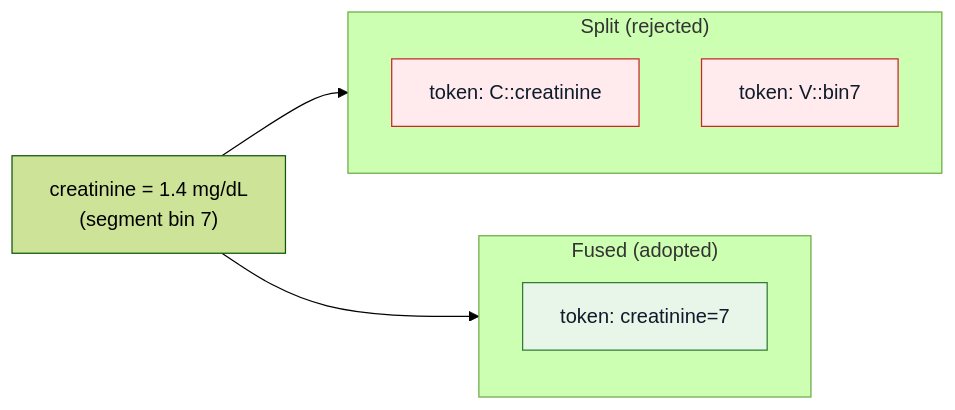
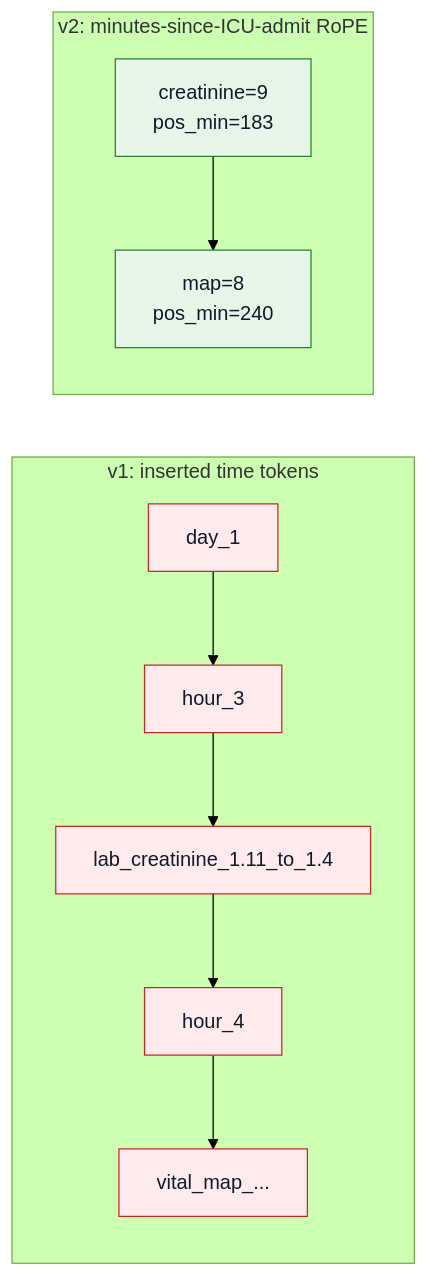
The second of 4 diagrams in website/docs/data-tokenization.md (sajor2000/clifatron2.0), drawn with Mermaid (forest theme) before and after one commit. The commit also changed other lines of this file and 37 other files, not shown here.

````diff
--- a/website/docs/data-tokenization.md
+++ b/website/docs/data-tokenization.md
@@ -60,21 +125,14 @@
 ```mermaid
 flowchart LR
-    RAW["creatinine = 1.4 mg/dL<br/>(segment bin 7)"]
-
-    subgraph SPLIT["Split (rejected)"]
-        S1["token: C::creatinine"]
-        S2["token: V::bin7"]
+    subgraph OLD["v1: inserted time tokens"]
+        O1["day_1"] --> O2["hour_3"] --> O3["lab_creatinine_1.11_to_1.4"] --> O4["hour_4"] --> O5["vital_map_..."]
     end
-
-    subgraph FUSED["Fused (adopted)"]
-        FU["token: creatinine=7"]
+    subgraph NEW["v2: minutes-since-ICU-admit RoPE"]
+        N1["creatinine=9<br/>pos_min=183"] --> N2["map=8<br/>pos_min=240"]
     end
-
-    RAW --> SPLIT
-    RAW --> FUSED
 
     classDef bad fill:#ffebee,stroke:#c62828,color:#0d1b2a;
     classDef good fill:#e8f5e9,stroke:#2e7d32,color:#0d1b2a;
-    class S1,S2 bad;
-    class FU good;
+    class O1,O2,O3,O4,O5 bad;
+    class N1,N2 good;
 ```
````
